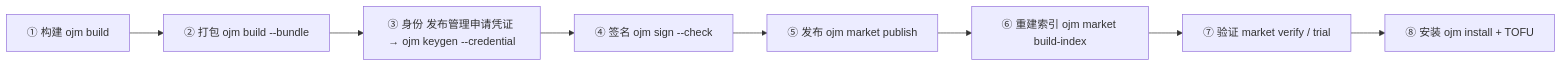
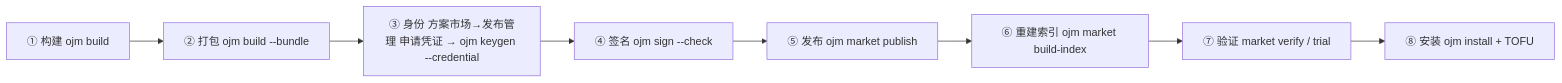
Before and after one commit to everpan/oj-module: the diagram in docs/devkit/publish-walkthrough.md, drawn with Mermaid. The commit also changed other lines of this file and 29 other files, not shown here.

````diff
--- a/docs/devkit/publish-walkthrough.md
+++ b/docs/devkit/publish-walkthrough.md
@@ -10,10 +10,10 @@
 ```mermaid
 flowchart LR
   A["① 构建 ojm build"] --> B["② 打包 ojm build --bundle"]
-  B --> C["③ 身份 发布管理申请凭证 → ojm keygen --credential"]
+  B --> C["③ 身份 方案市场→发布管理 申请凭证 → ojm keygen --credential"]
   C --> D["④ 签名 ojm sign --check"]
   D --> E["⑤ 发布 ojm market publish"]
   E --> F["⑥ 重建索引 ojm market build-index"]
   F --> G["⑦ 验证 market verify / trial"]
   G --> H["⑧ 安装 ojm install + TOFU"]
 ```
````
